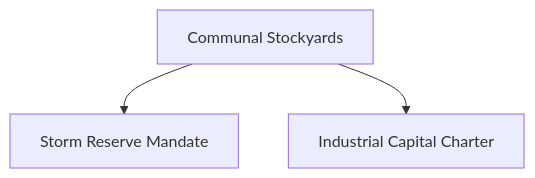
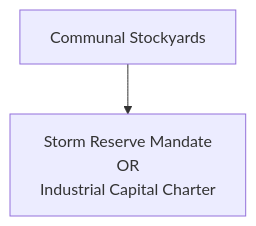
The fourth of 4 diagrams in docs/laws.md (HamzahAlrawi/frostpunk-new-industry), drawn with Mermaid before and after one commit. The commit also changed other lines of this file and 15 other files, not shown here.

````diff
--- a/docs/laws.md
+++ b/docs/laws.md
@@ -75,5 +72,4 @@
 ```mermaid
 flowchart TD
-    root["Communal Stockyards"] --> a["Storm Reserve Mandate"]
-    root --> b["Industrial Capital Charter"]
+    root["Communal Stockyards"] --> choice["Storm Reserve Mandate<br/>OR<br/>Industrial Capital Charter"]
 ```
````
